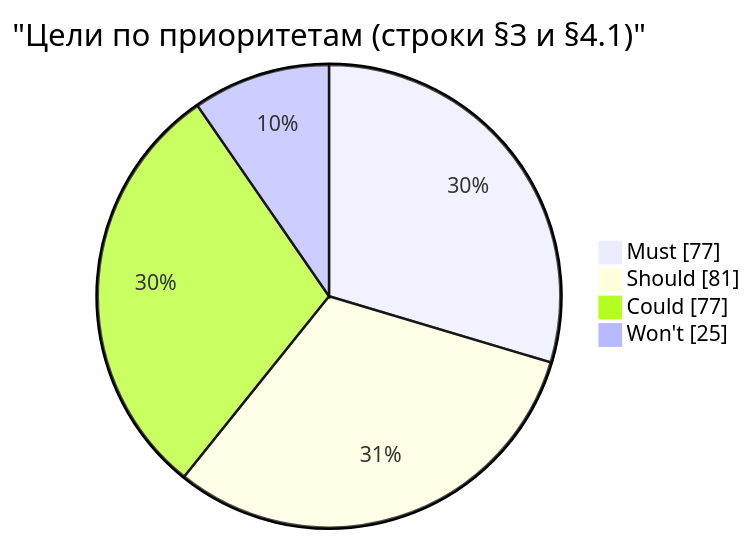
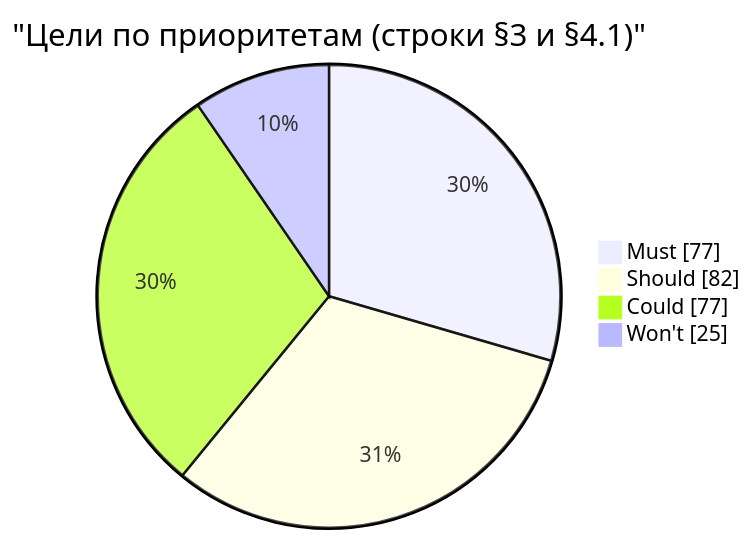
One commit to pese-git/codelab-app changed the first of 2 diagrams in docs/architecture/proposals/agent-parity-goals.md. Above: the diagram before and after it, drawn with Mermaid. The commit also changed other lines of this file and 44 other files, not shown here.

````diff
--- a/docs/architecture/proposals/agent-parity-goals.md
+++ b/docs/architecture/proposals/agent-parity-goals.md
@@ -1111,8 +1116,8 @@
 ```mermaid
 pie showData
     title "Цели по приоритетам (строки §3 и §4.1)"
     "Must" : 77
-    "Should" : 81
+    "Should" : 82
     "Could" : 77
     "Won't" : 25
 ```
````
